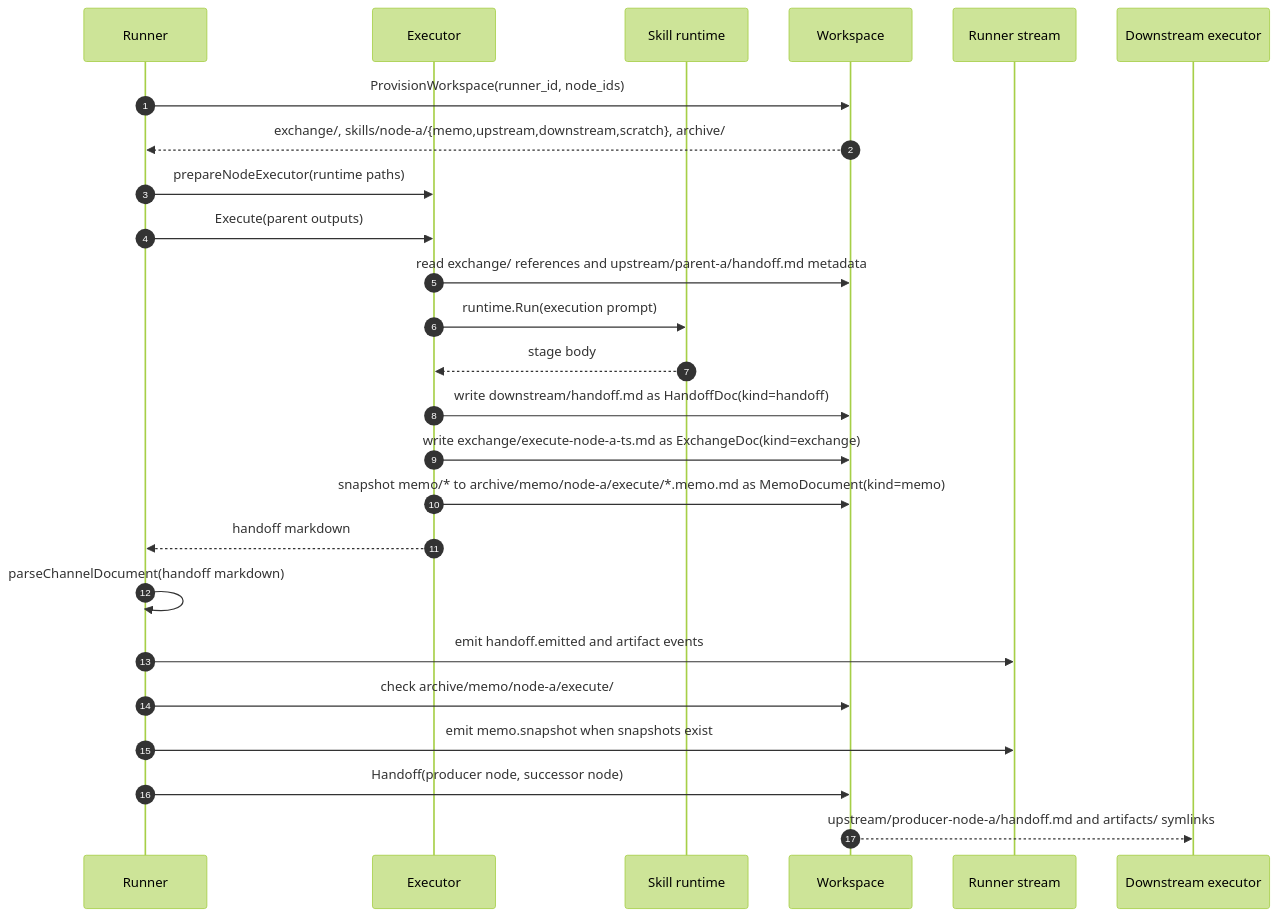
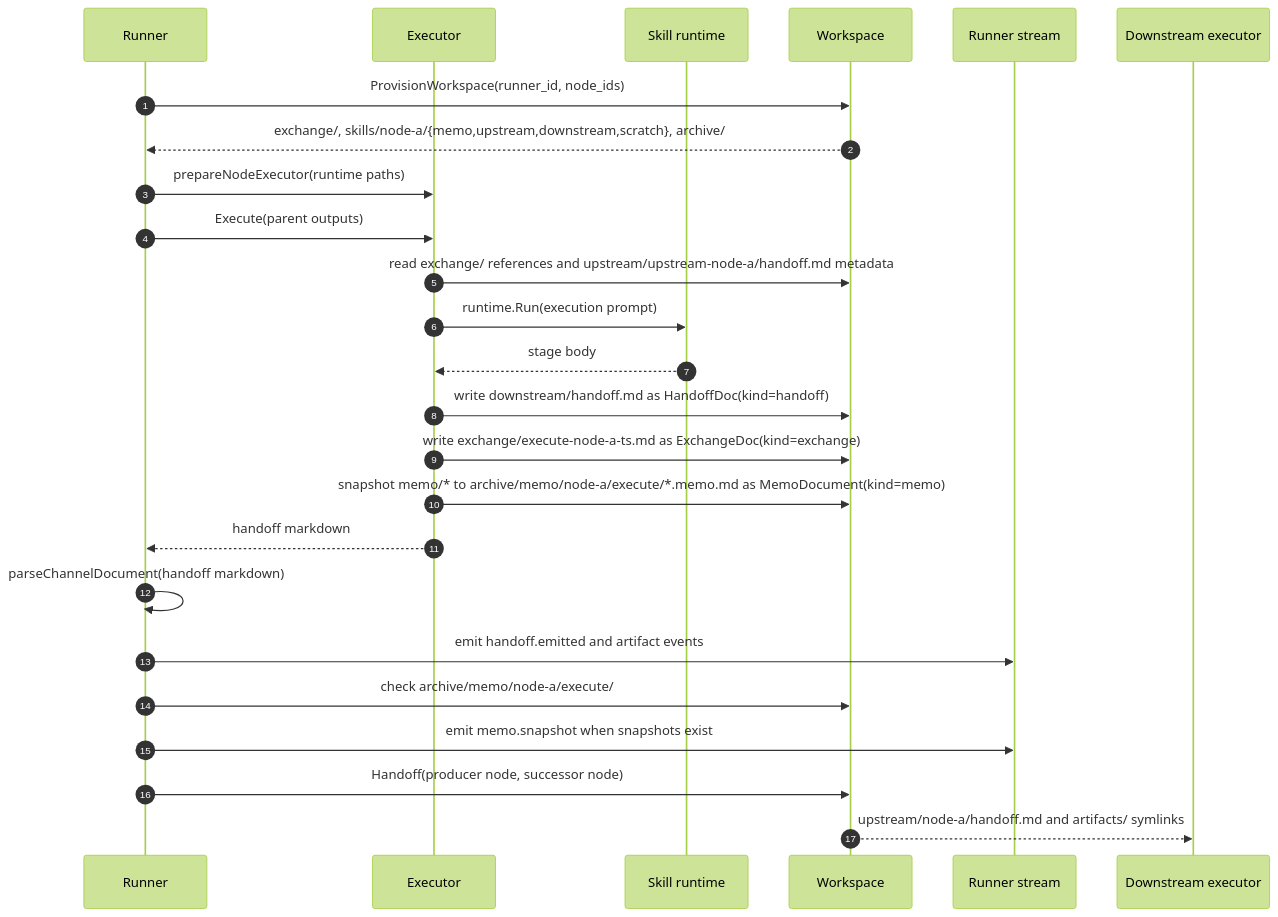
One commit to TsumiNa/dango changed the first of 2 diagrams in architecture/data-plane.md. Above: the diagram before and after it, drawn with Mermaid (forest theme). The commit also changed other lines of this file, not shown here.

Commit message:
Clarify artifact delivery in data-plane docs
Agent-Logs-Url: https://github.com/TsumiNa/dango/sessions/7147883c-dc09-4c94-a3a9-a23a80cc42f7

````diff
--- a/architecture/data-plane.md
+++ b/architecture/data-plane.md
@@ -69,28 +69,28 @@
 ```mermaid
 sequenceDiagram
 autonumber
 participant Ru as Runner
 participant Ex as Executor
 participant Sk as Skill runtime
 participant WS as Workspace
-participant St as Runner stream
+participant RS as Runner stream
 participant Nx as Downstream executor
 
 Ru->>WS: ProvisionWorkspace(runner_id, node_ids)
 WS-->>Ru: exchange/, skills/node-a/{memo,upstream,downstream,scratch}, archive/
 Ru->>Ex: prepareNodeExecutor(runtime paths)
 Ru->>Ex: Execute(parent outputs)
-Ex->>WS: read exchange/ references and upstream/parent-a/handoff.md metadata
+Ex->>WS: read exchange/ references and upstream/upstream-node-a/handoff.md metadata
 Ex->>Sk: runtime.Run(execution prompt)
 Sk-->>Ex: stage body
 Ex->>WS: write downstream/handoff.md as HandoffDoc(kind=handoff)
 Ex->>WS: write exchange/execute-node-a-ts.md as ExchangeDoc(kind=exchange)
 Ex->>WS: snapshot memo/* to archive/memo/node-a/execute/*.memo.md as MemoDocument(kind=memo)
 Ex-->>Ru: handoff markdown
 Ru->>Ru: parseChannelDocument(handoff markdown)
-Ru->>St: emit handoff.emitted and artifact events
+Ru->>RS: emit handoff.emitted and artifact events
 Ru->>WS: check archive/memo/node-a/execute/
-Ru->>St: emit memo.snapshot when snapshots exist
+Ru->>RS: emit memo.snapshot when snapshots exist
 Ru->>WS: Handoff(producer node, successor node)
-WS-->>Nx: upstream/producer-node-a/handoff.md and artifacts/ symlinks
+WS-->>Nx: upstream/node-a/handoff.md and artifacts/ symlinks
 ```
````
